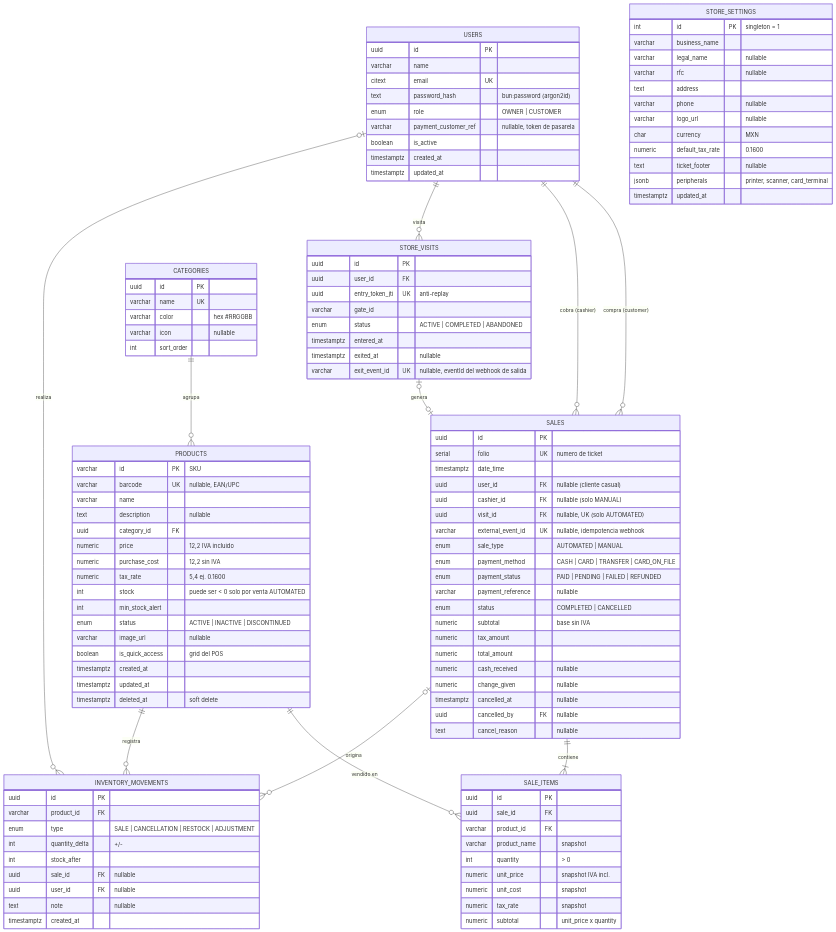
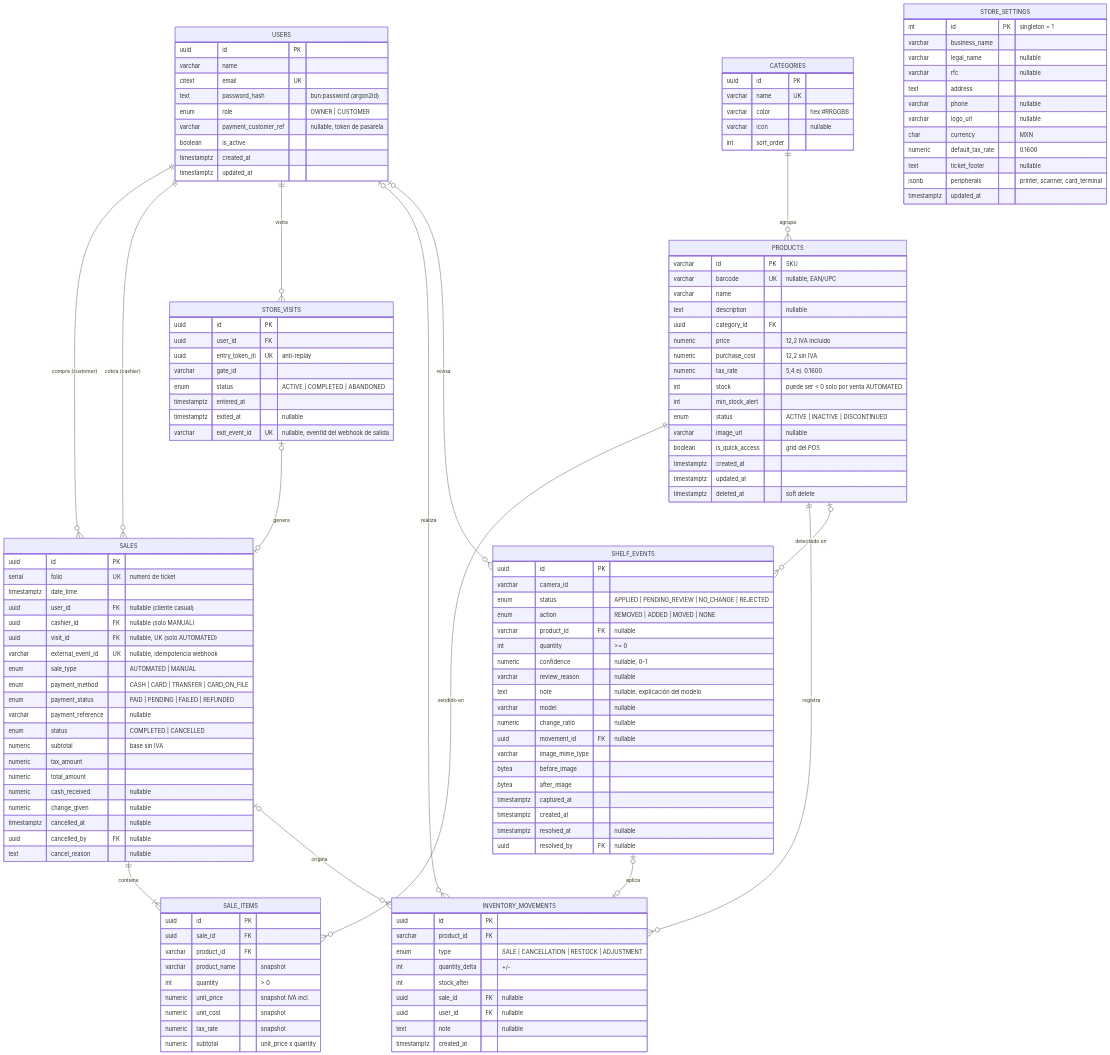
The diagram in docs/specs/erd.md (Richi-Mi/proyecto-hackathon-meta), drawn with Mermaid before and after one commit. The commit also changed other lines of this file and 33 other files, not shown here.

```diff
--- a/docs/specs/erd.md
+++ b/docs/specs/erd.md
@@ -13,7 +13,31 @@
     PRODUCTS ||--o{ INVENTORY_MOVEMENTS : "registra"
     SALES |o--o{ INVENTORY_MOVEMENTS : "origina"
     USERS |o--o{ INVENTORY_MOVEMENTS : "realiza"
+    PRODUCTS |o--o{ SHELF_EVENTS : "detectado en"
+    SHELF_EVENTS |o--o| INVENTORY_MOVEMENTS : "aplica"
+    USERS |o--o{ SHELF_EVENTS : "revisa"
 
+    SHELF_EVENTS {
+        uuid id PK
+        varchar camera_id
+        enum status "APPLIED | PENDING_REVIEW | NO_CHANGE | REJECTED"
+        enum action "REMOVED | ADDED | MOVED | NONE"
+        varchar product_id FK "nullable"
+        int quantity ">= 0"
+        numeric confidence "nullable, 0-1"
+        varchar review_reason "nullable"
+        text note "nullable, explicación del modelo"
+        varchar model "nullable"
+        numeric change_ratio "nullable"
+        uuid movement_id FK "nullable"
+        varchar image_mime_type
+        bytea before_image
+        bytea after_image
+        timestamptz captured_at
+        timestamptz created_at
+        timestamptz resolved_at "nullable"
+        uuid resolved_by FK "nullable"
+    }
     USERS {
         uuid id PK
         varchar name
```
